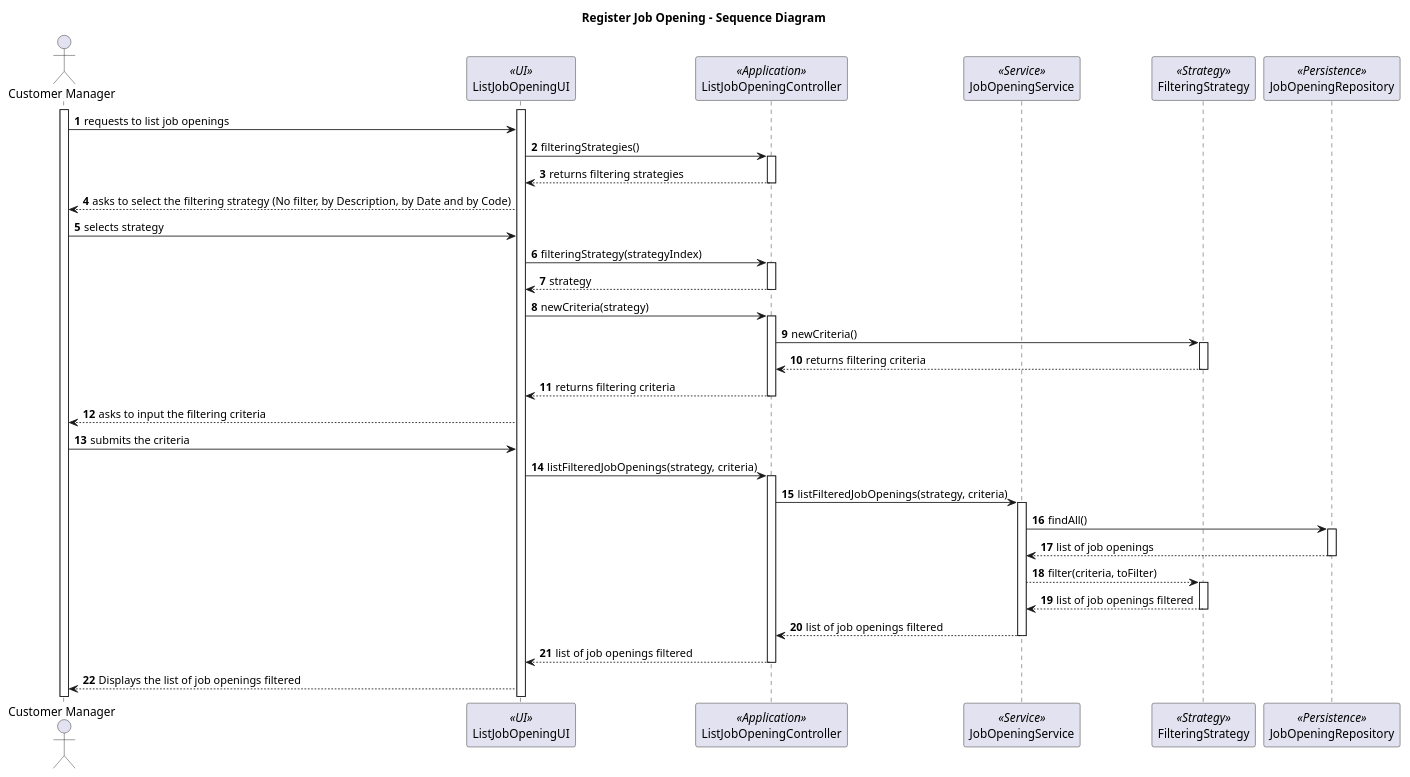
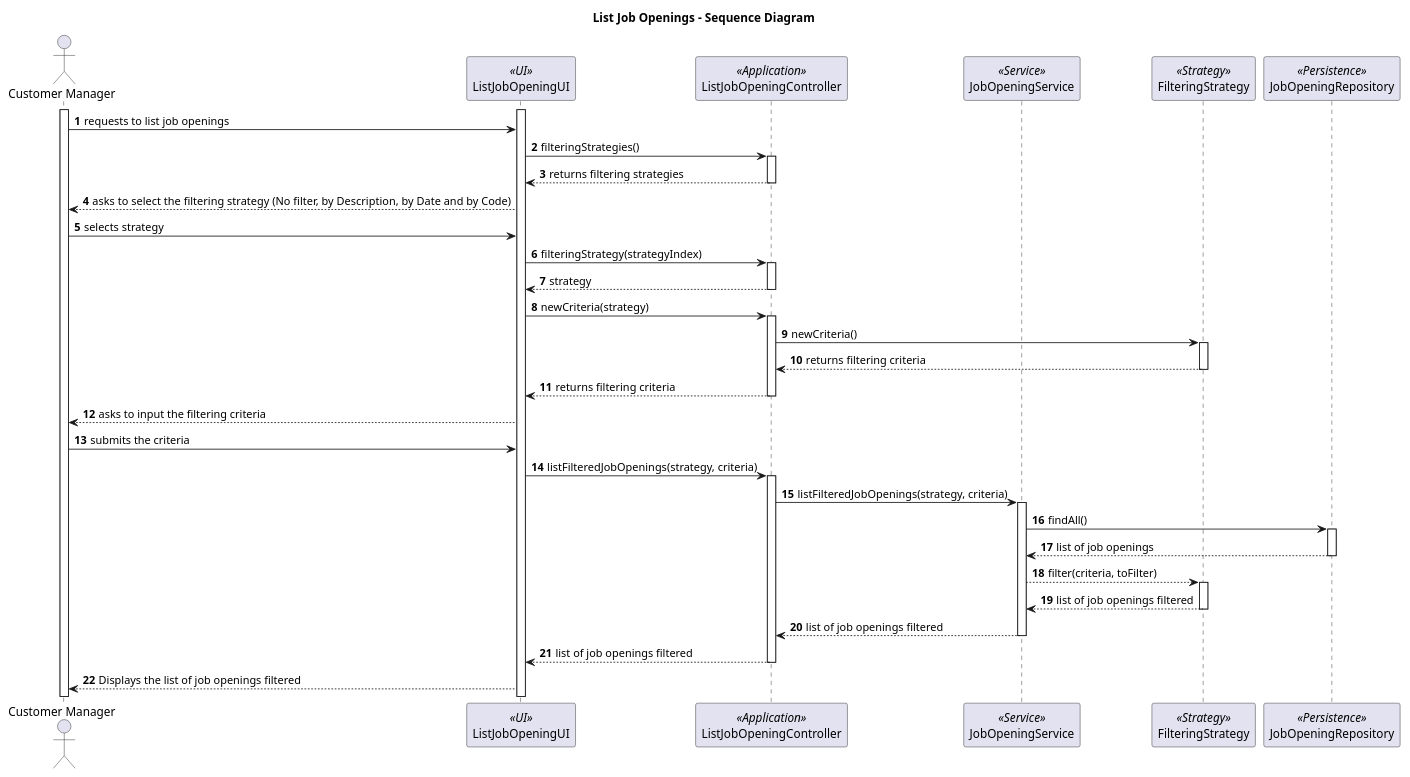
Before and after one commit to marcoferreira37/Lapr4: the diagram in docs/sprintB/1003/1003-sequence-diagram.puml, drawn with PlantUML. The commit also changed 9 other files, not shown here.

Commit message:
#16 [1002] Update of the Sequence Diagram Small updates of the files readMe related to the user storys 1002 and 1003 SVG and PNG files added

```diff
--- a/docs/sprintB/1003/1003-sequence-diagram.puml
+++ b/docs/sprintB/1003/1003-sequence-diagram.puml
@@ -1,103 +1,103 @@
 @startuml
 
-title Register Job Opening - Sequence Diagram
+title List Job Openings - Sequence Diagram
 
 autonumber
 actor "Customer Manager" as M
 participant ListJobOpeningUI  as UI <<UI>>
 participant ListJobOpeningController as Controller <<Application>>
 participant JobOpeningService as JService <<Service>>
 participant FilteringStrategy as FS <<Strategy>>
 participant JobOpeningRepository as JRepo <<Persistence>>
 
 activate M
 activate UI
 
 M -> UI : requests to list job openings
 
 UI -> Controller : filteringStrategies()
 
 activate Controller
 
 Controller --> UI : returns filtering strategies
 
 deactivate Controller
 
 UI --> M :  asks to select the filtering strategy (No filter, by Description, by Date and by Code)
 
 M -> UI : selects strategy
 
 UI -> Controller : filteringStrategy(strategyIndex)
 
 activate Controller
 
 Controller --> UI : strategy
 
 deactivate Controller
 
 UI -> Controller : newCriteria(strategy)
 
 activate Controller
 
 Controller -> FS : newCriteria()
 
 activate FS
 
 FS --> Controller : returns filtering criteria
 
 
 
 deactivate FS
 
 Controller --> UI : returns filtering criteria
 
 
 deactivate Controller
 
 UI --> M : asks to input the filtering criteria
 
 M -> UI : submits the criteria
 
 UI -> Controller : listFilteredJobOpenings(strategy, criteria)
 
 activate Controller
 
 Controller -> JService : listFilteredJobOpenings(strategy, criteria)
 
 activate JService
 
 JService -> JRepo : findAll()
 
 activate JRepo
 
 JRepo --> JService : list of job openings
 
 deactivate JRepo
 
 JService --> FS : filter(criteria, toFilter)
 
 activate FS
 
 FS --> JService : list of job openings filtered
 
 deactivate FS
 
 
 JService --> Controller : list of job openings filtered
 
 deactivate JService
 
 
 
 deactivate JRepo
 
 Controller --> UI : list of job openings filtered
 
 deactivate Controller
 
 UI --> M : Displays the list of job openings filtered
 
 
 
 
 @enduml
```
